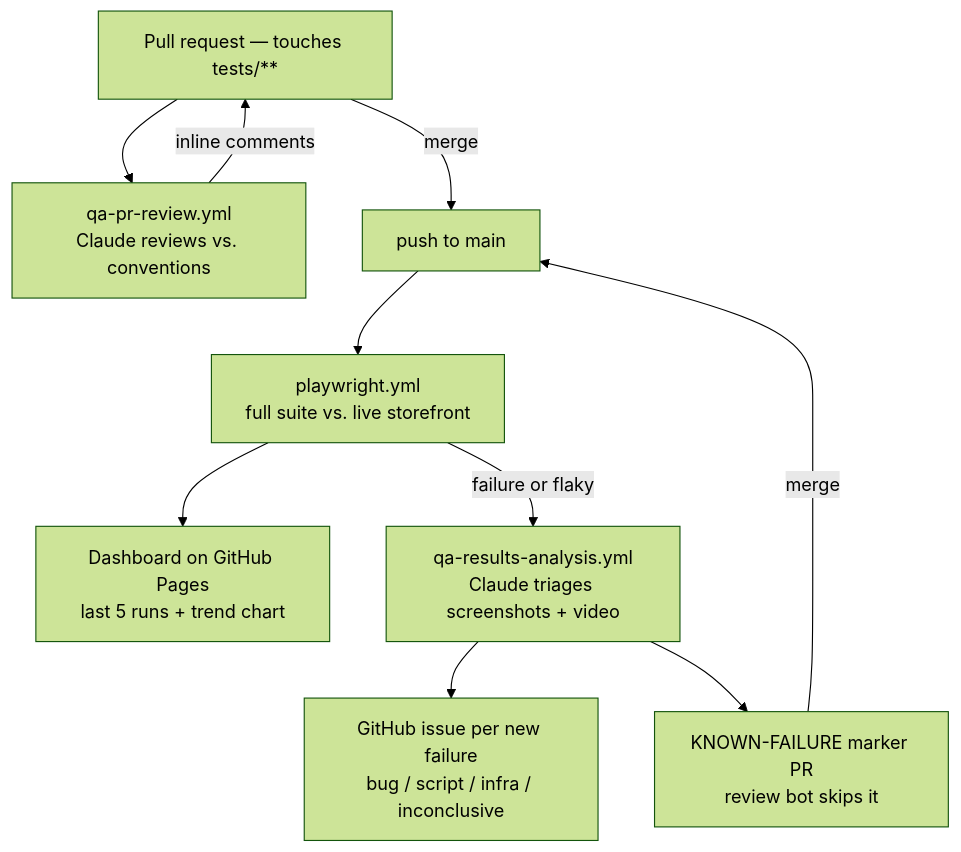
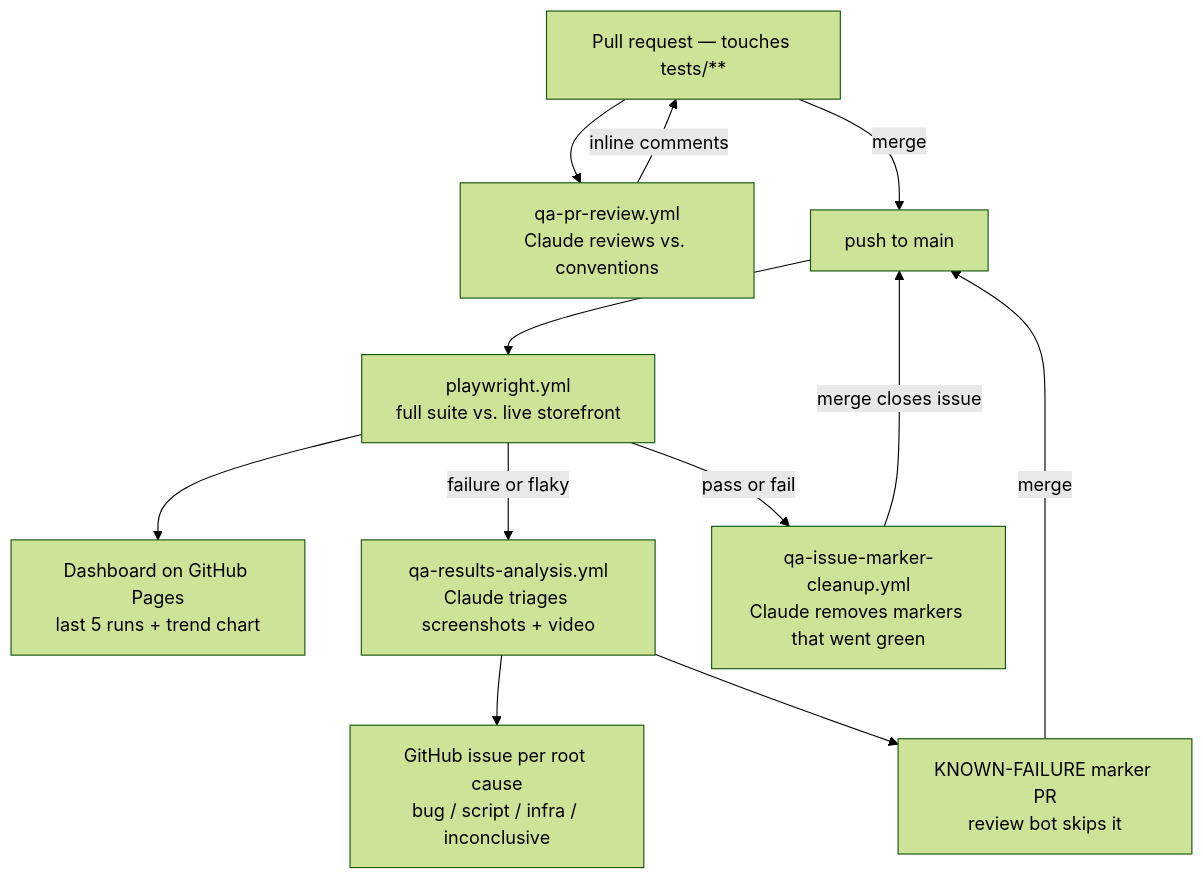
Before and after one commit to MastahKitz/playwright-fullstack-test-framework: the diagram in README.md, drawn with Mermaid (forest theme). The commit also changed other lines of this file and 5 other files, not shown here.

````diff
--- a/README.md
+++ b/README.md
@@ -129,21 +129,24 @@
 ```mermaid
 flowchart TD
     PR["Pull request — touches tests/**"]
     Review["qa-pr-review.yml<br/>Claude reviews vs. conventions"]
     Main["push to main"]
     Run["playwright.yml<br/>full suite vs. live storefront"]
     Dash["Dashboard on GitHub Pages<br/>last 5 runs + trend chart"]
     Triage["qa-results-analysis.yml<br/>Claude triages screenshots + video"]
-    Issue["GitHub issue per new failure<br/>bug / script / infra / inconclusive"]
+    Issue["GitHub issue per root cause<br/>bug / script / infra / inconclusive"]
     Marker["KNOWN-FAILURE marker PR<br/>review bot skips it"]
+    Cleanup["qa-issue-marker-cleanup.yml<br/>Claude removes markers that went green"]
 
     PR --> Review
     Review -->|inline comments| PR
     PR -->|merge| Main
     Main --> Run
     Run --> Dash
     Run -->|failure or flaky| Triage
     Triage --> Issue
     Triage --> Marker
     Marker -->|merge| Main
+    Run -->|pass or fail| Cleanup
+    Cleanup -->|merge closes issue| Main
 ```
````
